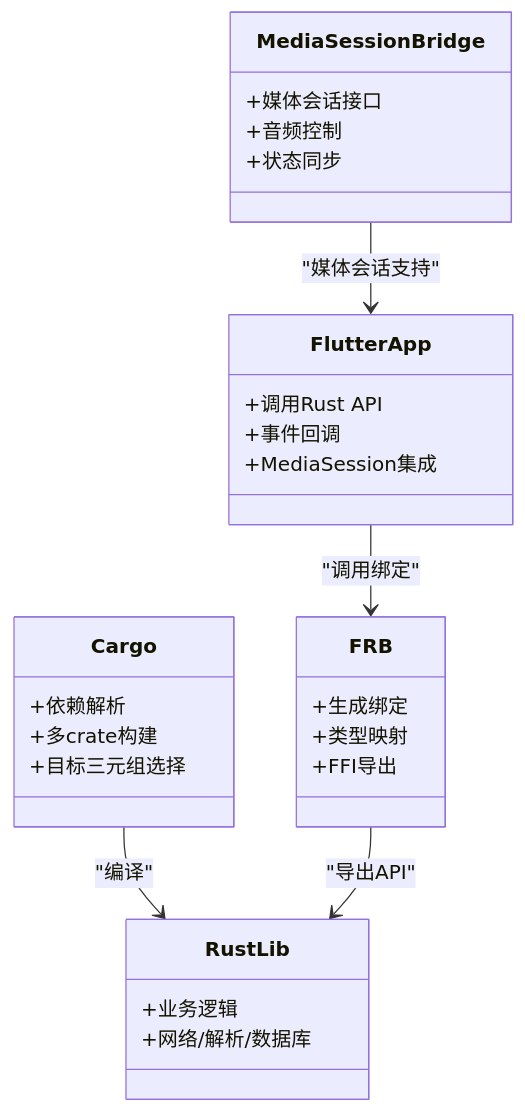
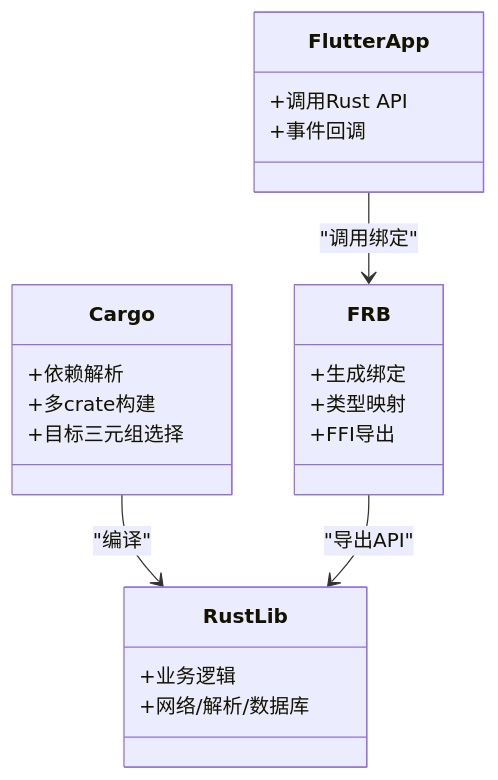
One commit to ZhangGHGitHub/LegadoTeamFlutter changed the fifth of 9 diagrams in .qoder/repowiki/zh/content/构建和部署/构建和部署.md. Above: the diagram before and after it, drawn with Mermaid. The commit also changed other lines of this file and 68 other files, not shown here.

````diff
--- a/.qoder/repowiki/zh/content/构建和部署/构建和部署.md
+++ b/.qoder/repowiki/zh/content/构建和部署/构建和部署.md
@@ -262,31 +275,24 @@
 ```mermaid
 classDiagram
 class Cargo {
 +依赖解析
 +多crate构建
 +目标三元组选择
 }
 class FRB {
 +生成绑定
 +类型映射
 +FFI导出
 }
 class RustLib {
 +业务逻辑
 +网络/解析/数据库
 }
-class MediaSessionBridge {
-+媒体会话接口
-+音频控制
-+状态同步
-}
 class FlutterApp {
 +调用Rust API
 +事件回调
-+MediaSession集成
 }
 Cargo --> RustLib : "编译"
 FRB --> RustLib : "导出API"
-MediaSessionBridge --> FlutterApp : "媒体会话支持"
 FlutterApp --> FRB : "调用绑定"
 ```
````
